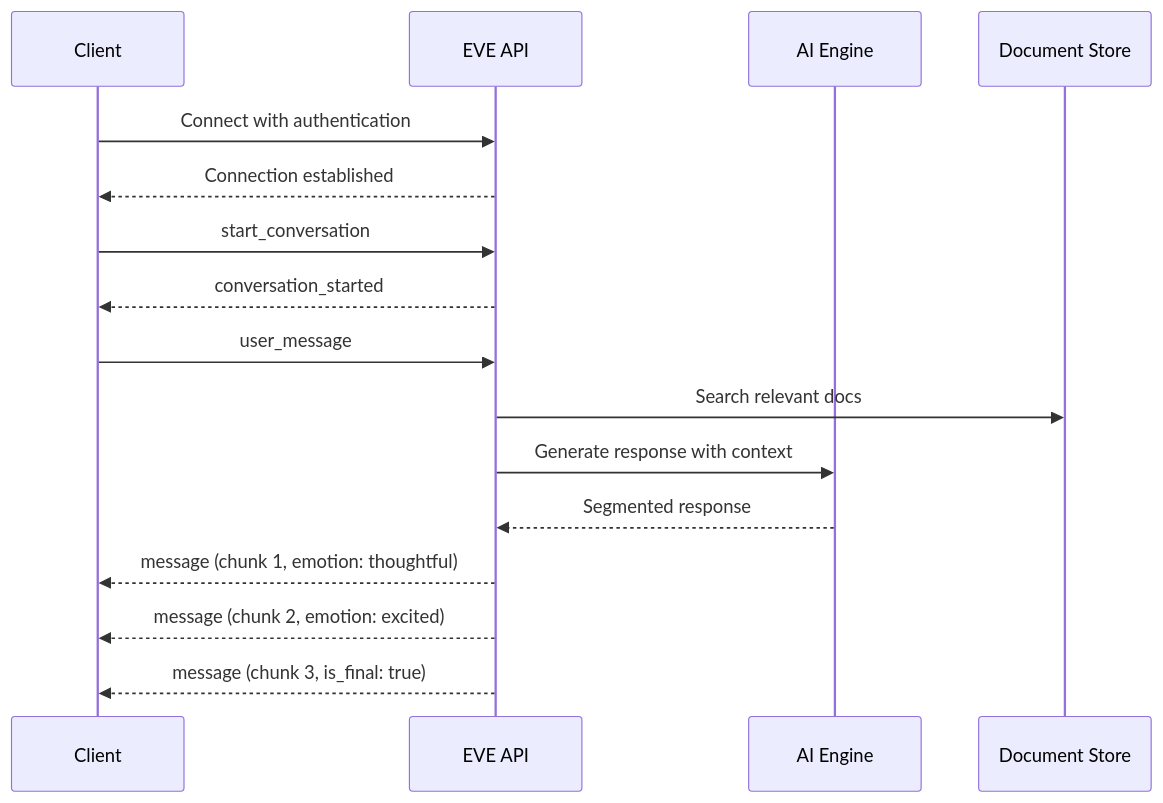
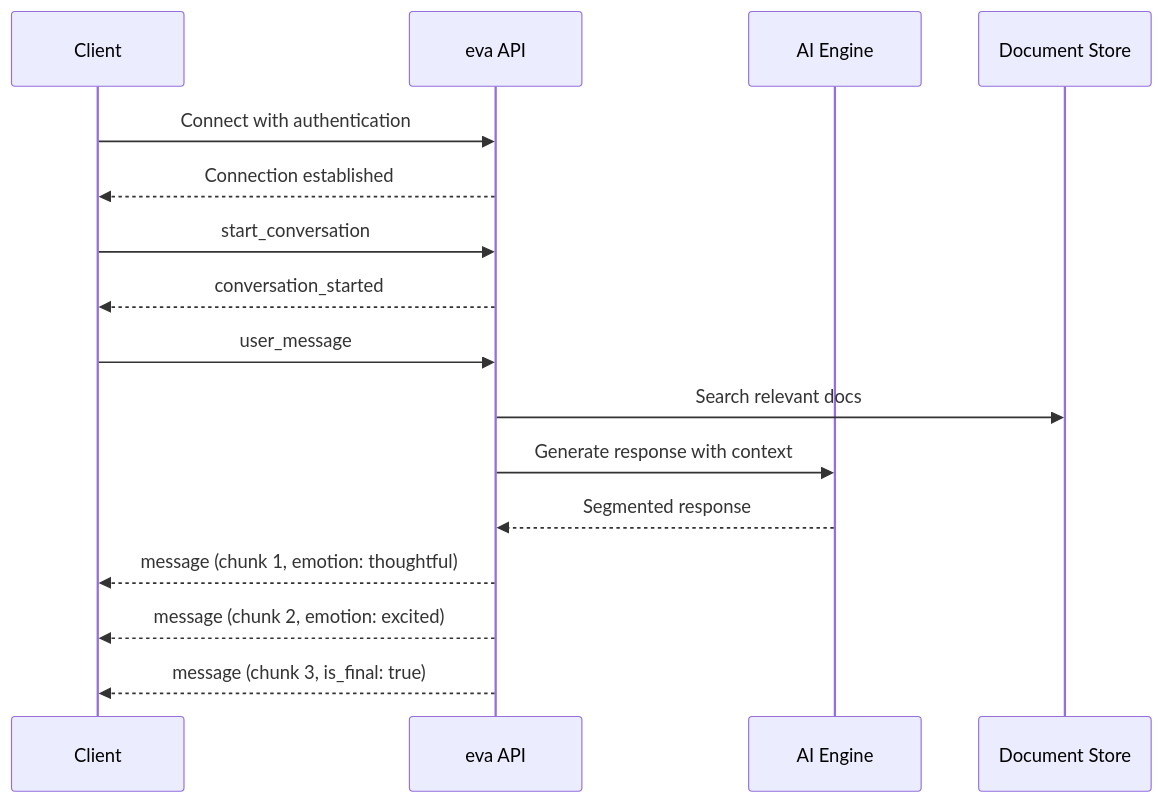
The diagram in docs/index.md (thingenious/eva), drawn with Mermaid before and after one commit. The commit also changed other lines of this file and 55 other files, not shown here.

Commit message:
rename eve to eva

````diff
--- a/docs/index.md
+++ b/docs/index.md
@@ -62,21 +62,21 @@
 ```mermaid
 sequenceDiagram
     participant Client
-    participant EVE API
+    participant eva API
     participant AI Engine
     participant Document Store
     
-    Client->>EVE API: Connect with authentication
-    EVE API-->>Client: Connection established
+    Client->>eva API: Connect with authentication
+    eva API-->>Client: Connection established
     
-    Client->>EVE API: start_conversation
-    EVE API-->>Client: conversation_started
+    Client->>eva API: start_conversation
+    eva API-->>Client: conversation_started
     
-    Client->>EVE API: user_message
-    EVE API->>Document Store: Search relevant docs
-    EVE API->>AI Engine: Generate response with context
-    AI Engine-->>EVE API: Segmented response
-    EVE API-->>Client: message (chunk 1, emotion: thoughtful)
-    EVE API-->>Client: message (chunk 2, emotion: excited)
-    EVE API-->>Client: message (chunk 3, is_final: true)
+    Client->>eva API: user_message
+    eva API->>Document Store: Search relevant docs
+    eva API->>AI Engine: Generate response with context
+    AI Engine-->>eva API: Segmented response
+    eva API-->>Client: message (chunk 1, emotion: thoughtful)
+    eva API-->>Client: message (chunk 2, emotion: excited)
+    eva API-->>Client: message (chunk 3, is_final: true)
 ```
````
